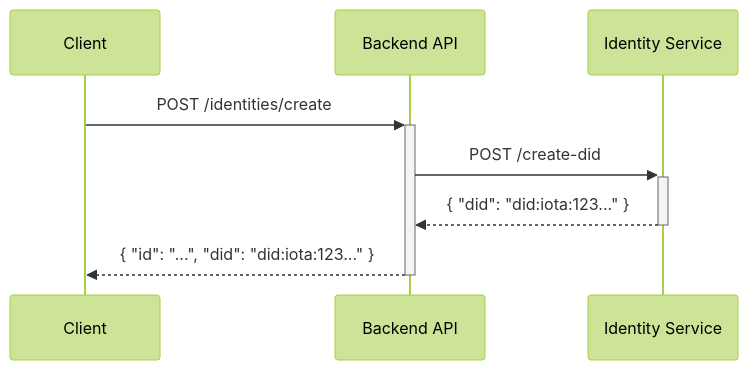
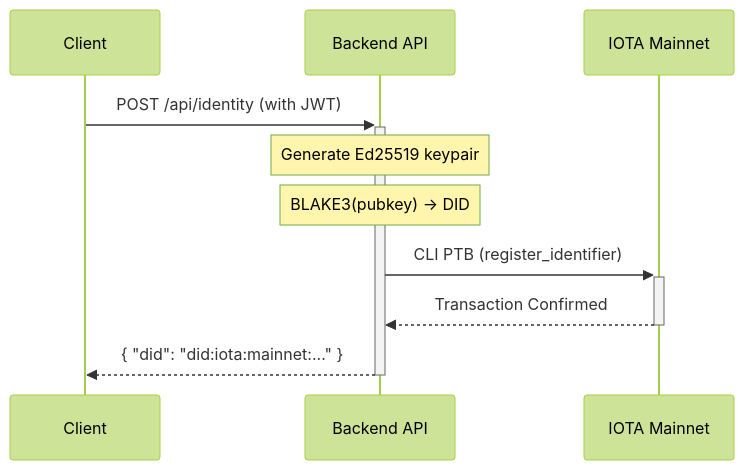
Before and after one commit to theweboftrust/wot.id-public-docs: the third of 7 diagrams in 02_System_Architecture.md, drawn with Mermaid (forest theme). The commit also changed other lines of this file, not shown here.

````diff
--- a/02_System_Architecture.md
+++ b/02_System_Architecture.md
@@ -349,11 +330,13 @@
 ```mermaid
 sequenceDiagram
     participant Client
     participant Backend API
-    participant Identity Service
+    participant IOTA Mainnet
 
-    Client->>+Backend API: POST /identities/create
-    Backend API->>+Identity Service: POST /create-did
-    Identity Service-->>-Backend API: { "did": "did:iota:123..." }
-    Backend API-->>-Client: { "id": "...", "did": "did:iota:123..." }
+    Client->>+Backend API: POST /api/identity (with JWT)
+    Note over Backend API: Generate Ed25519 keypair
+    Note over Backend API: BLAKE3(pubkey) → DID
+    Backend API->>+IOTA Mainnet: CLI PTB (register_identifier)
+    IOTA Mainnet-->>-Backend API: Transaction Confirmed
+    Backend API-->>-Client: { "did": "did:iota:mainnet:..." }
 ```
````
